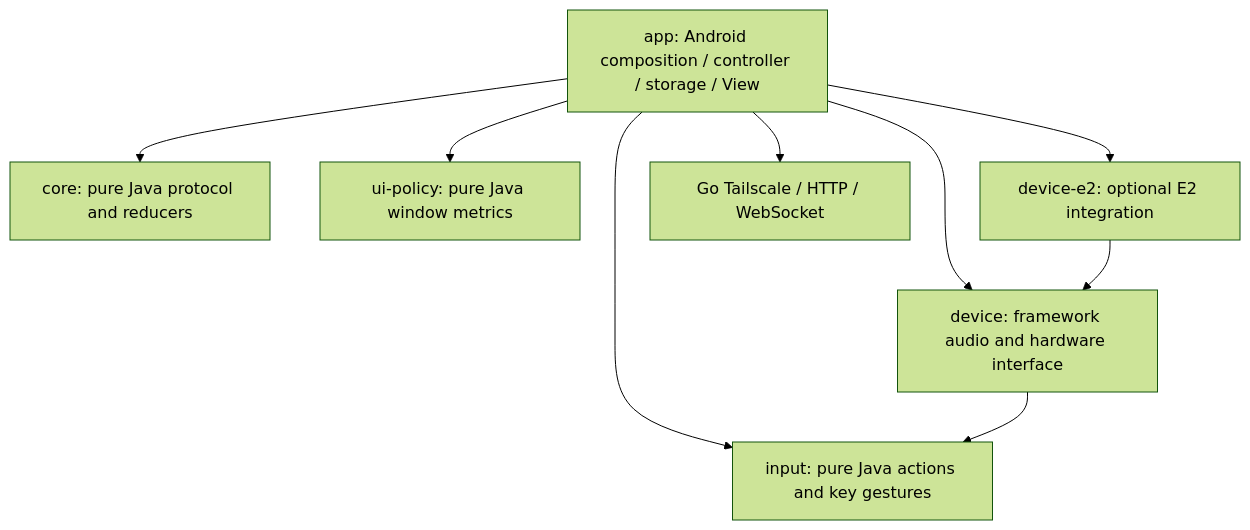
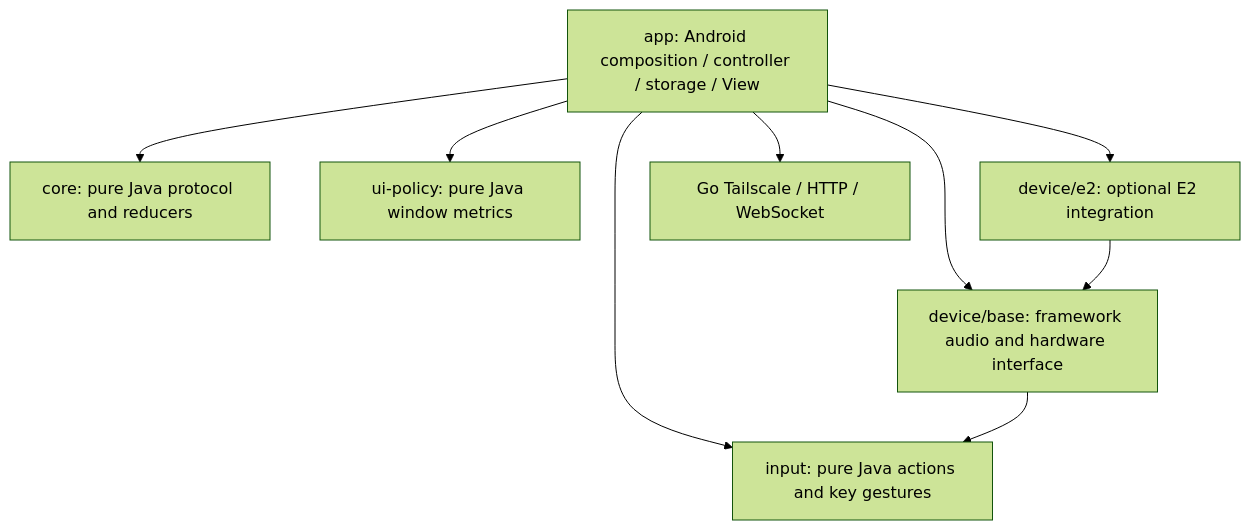
The diagram in docs/architecture.zh-CN.md (openduo/pocket-android), drawn with Mermaid (forest theme) before and after one commit. The commit also changed 39 other files, not shown here.

````diff
--- a/docs/architecture.zh-CN.md
+++ b/docs/architecture.zh-CN.md
@@ -5,18 +5,18 @@
 ```mermaid
 flowchart TD
     app[app: Android composition / controller / storage / View]
     core[core: pure Java protocol and reducers]
     ui[ui-policy: pure Java window metrics]
     input[input: pure Java actions and key gestures]
-    device[device: framework audio and hardware interface]
-    e2[device-e2: optional E2 integration]
+    device[device/base: framework audio and hardware interface]
+    e2[device/e2: optional E2 integration]
     bridge[Go Tailscale / HTTP / WebSocket]
     app --> core
     app --> ui
     app --> input
     device --> input
     app --> device
     app --> e2
     app --> bridge
     e2 --> device
 ```
````
